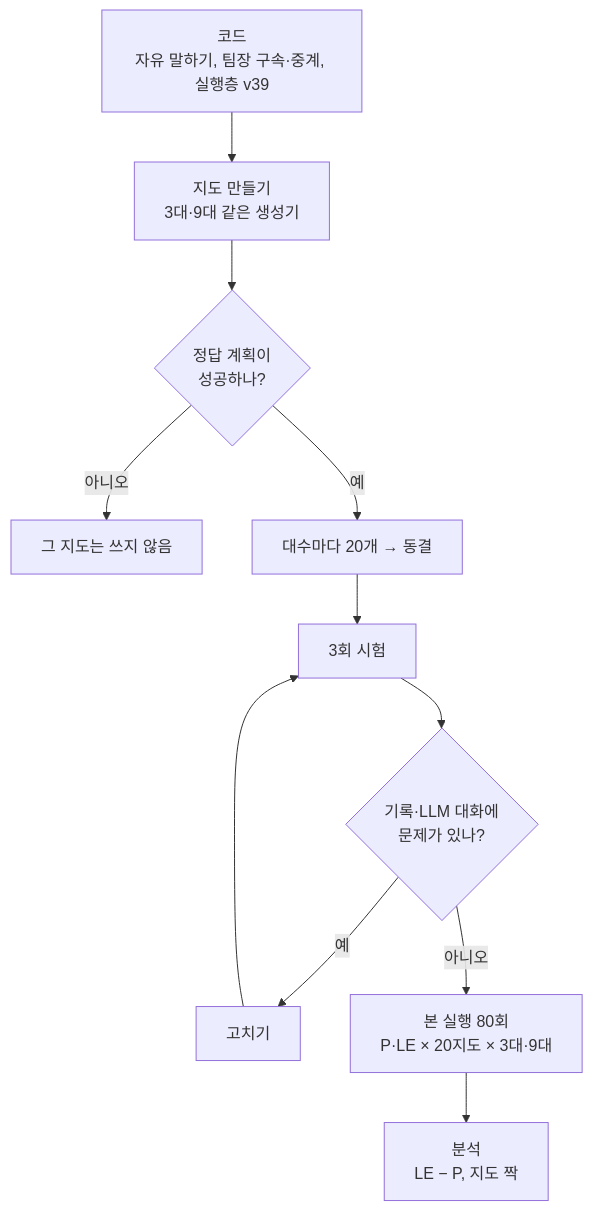
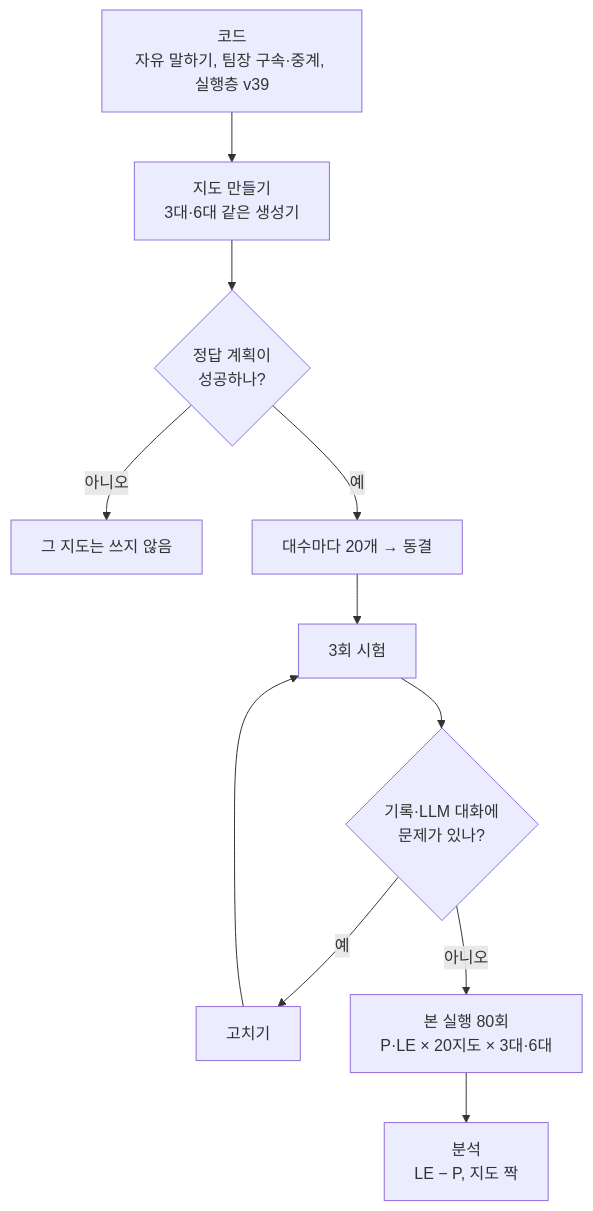
Before and after one commit to cmkang131/UGRP-Multi-Robot-Collaboration-Project: the fifth of 5 diagrams in docs/architecture.md, drawn with Mermaid. The commit also changed other lines of this file, not shown here.

````diff
--- a/docs/architecture.md
+++ b/docs/architecture.md
@@ -177,12 +177,12 @@
 ```mermaid
 flowchart TB
-    C["코드<br/>자유 말하기, 팀장 구속·중계, 실행층 v39"] --> MG["지도 만들기<br/>3대·9대 같은 생성기"]
+    C["코드<br/>자유 말하기, 팀장 구속·중계, 실행층 v39"] --> MG["지도 만들기<br/>3대·6대 같은 생성기"]
     MG --> GT{"정답 계획이<br/>성공하나?"}
     GT -->|아니오| SK["그 지도는 쓰지 않음"]
     GT -->|예| F["대수마다 20개 → 동결"]
     F --> T3["3회 시험"]
     T3 --> CHK{"기록·LLM 대화에<br/>문제가 있나?"}
     CHK -->|예| FX["고치기"] --> T3
-    CHK -->|아니오| RUN["본 실행 80회<br/>P·LE × 20지도 × 3대·9대"]
+    CHK -->|아니오| RUN["본 실행 80회<br/>P·LE × 20지도 × 3대·6대"]
     RUN --> AN["분석<br/>LE − P, 지도 짝"]
 ```
````
